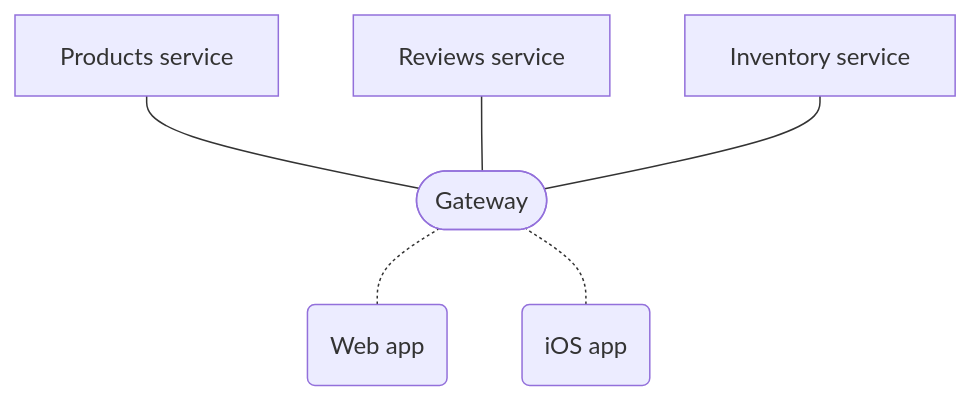
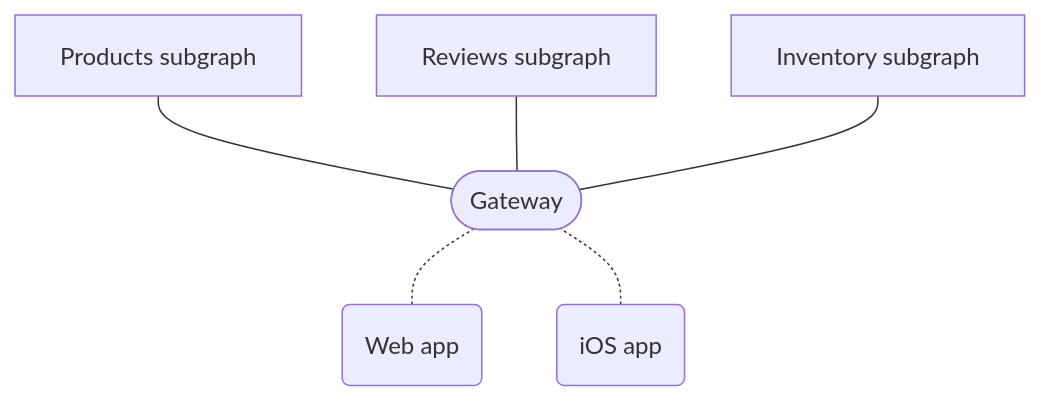
Before and after one commit to apollographql/federation: the diagram in docs/shared/diagrams/federation-architecture.mdx, drawn with Mermaid. The commit also changed 14 other files, not shown here.

````diff
--- a/docs/shared/diagrams/federation-architecture.mdx
+++ b/docs/shared/diagrams/federation-architecture.mdx
@@ -1,12 +1,12 @@
 ```mermaid
 graph BT;
   webapp(Web app);
   iosapp(iOS app);
   gateway([Gateway]);
-  serviceA[Products service];
-  serviceB[Reviews service];
-  serviceC[Inventory service];
+  serviceA[Products subgraph];
+  serviceB[Reviews subgraph];
+  serviceC[Inventory subgraph];
   webapp & iosapp -.- gateway;
   gateway --- serviceA & serviceB & serviceC;
   class webapp,iosapp tertiary;
 ```
````
